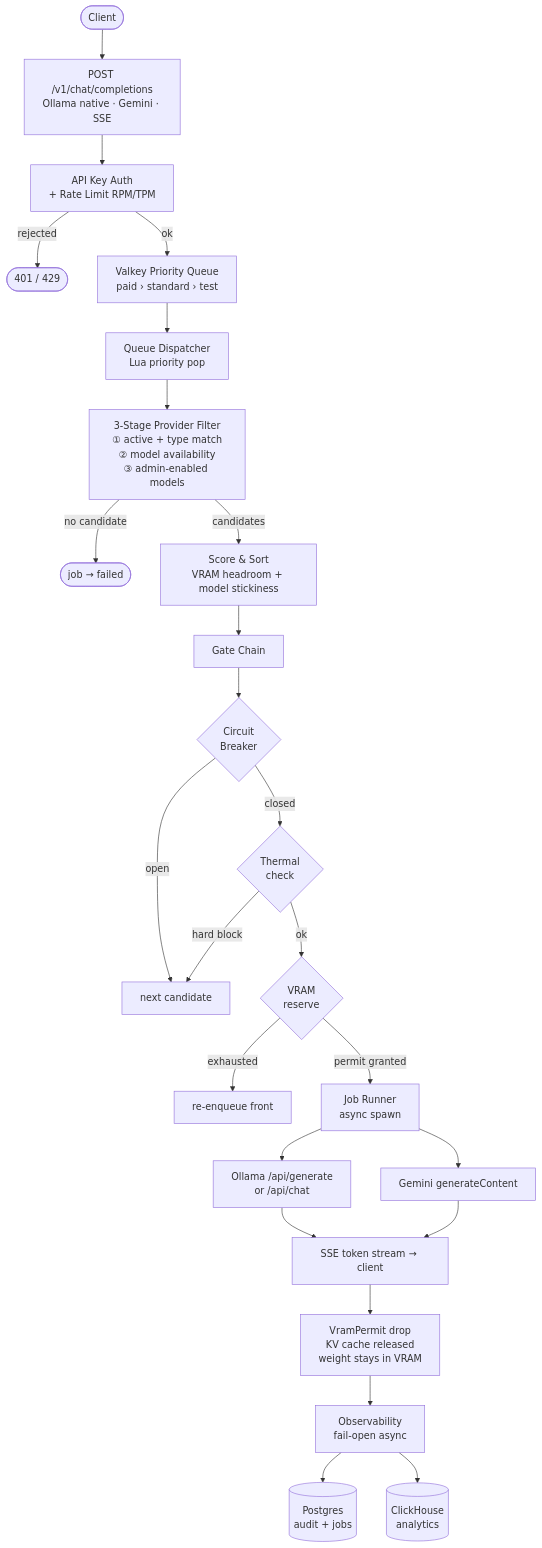
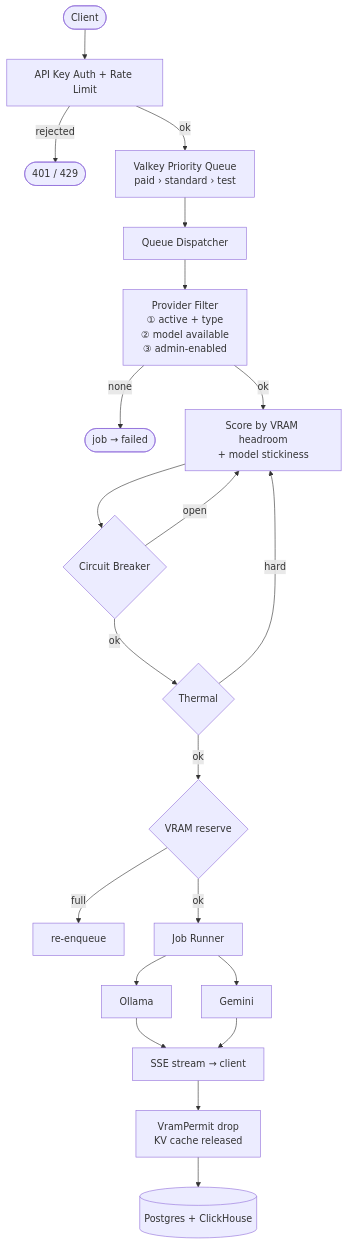
One commit to beegy-labs/veronex changed the first of 2 diagrams in README.md. Above: the diagram before and after it, drawn with Mermaid. The commit also changed other lines of this file, not shown here.

````diff
--- a/README.md
+++ b/README.md
@@ -203,29 +58,25 @@
 ```mermaid
 flowchart TD
-    C([Client]) --> R[POST /v1/chat/completions\nOllama native · Gemini · SSE]
-    R --> M[API Key Auth\n+ Rate Limit RPM/TPM]
-    M -->|rejected| E401([401 / 429])
+    C([Client]) --> M[API Key Auth + Rate Limit]
+    M -->|rejected| E([401 / 429])
     M -->|ok| Q[Valkey Priority Queue\npaid › standard › test]
 
-    Q --> D[Queue Dispatcher\nLua priority pop]
-    D --> F[3-Stage Provider Filter\n① active + type match\n② model availability\n③ admin-enabled models]
-    F -->|no candidate| FAIL([job → failed])
-    F -->|candidates| S[Score & Sort\nVRAM headroom + model stickiness]
+    Q --> D[Queue Dispatcher]
+    D --> F[Provider Filter\n① active + type\n② model available\n③ admin-enabled]
+    F -->|none| FAIL([job → failed])
+    F -->|ok| S[Score by VRAM headroom\n+ model stickiness]
 
-    S --> G[Gate Chain]
-    G --> CB{Circuit\nBreaker}
-    CB -->|open| NEXT[next candidate]
-    CB -->|closed| TH{Thermal\ncheck}
-    TH -->|hard block| NEXT
-    TH -->|ok| VR{VRAM\nreserve}
-    VR -->|exhausted| RQ[re-enqueue front]
-    VR -->|permit granted| RUN[Job Runner\nasync spawn]
+    S --> CB{Circuit Breaker}
+    CB -->|open| S
+    CB -->|ok| TH{Thermal}
+    TH -->|hard| S
+    TH -->|ok| VR{VRAM reserve}
+    VR -->|full| RQ[re-enqueue]
+    VR -->|ok| RUN[Job Runner]
 
-    RUN --> OL[Ollama /api/generate\nor /api/chat]
-    RUN --> GM[Gemini generateContent]
-    OL & GM --> SSE[SSE token stream → client]
-    SSE --> DROP[VramPermit drop\nKV cache released\nweight stays in VRAM]
-    DROP --> OBS[Observability\nfail-open async]
-    OBS --> PG[(Postgres\naudit + jobs)]
-    OBS --> CH[(ClickHouse\nanalytics)]
+    RUN --> OL[Ollama]
+    RUN --> GM[Gemini]
+    OL & GM --> SSE[SSE stream → client]
+    SSE --> DROP[VramPermit drop\nKV cache released]
+    DROP --> OBS[(Postgres + ClickHouse)]
 ```
````
